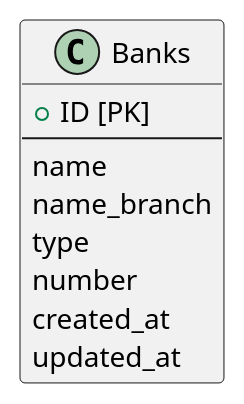
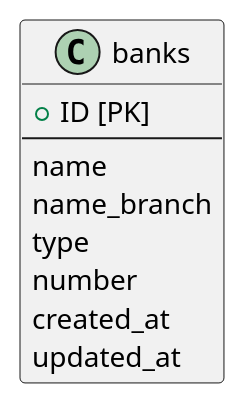
Before and after one commit to mybz-inc/sneaker: the diagram in db/Banks.pu, drawn with PlantUML. The commit also changed 5 other files, not shown here.

```diff
--- a/db/Banks.pu
+++ b/db/Banks.pu
@@ -1,10 +1,12 @@
-class Banks {
+@startuml banks
+class banks {
   + ID [PK]
   --
   name
   name_branch
   type
   number
   created_at
   updated_at
 }
+@enduml
```
